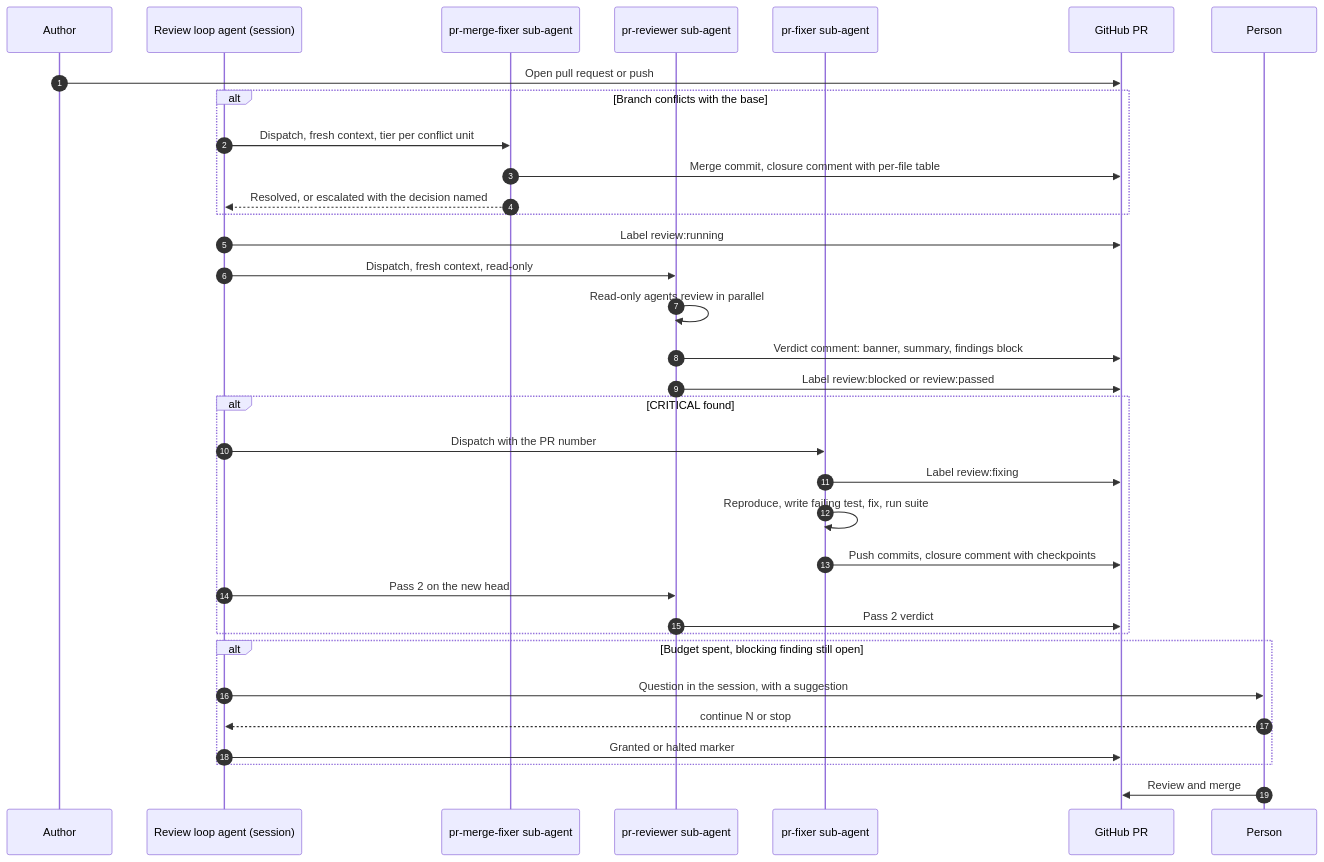
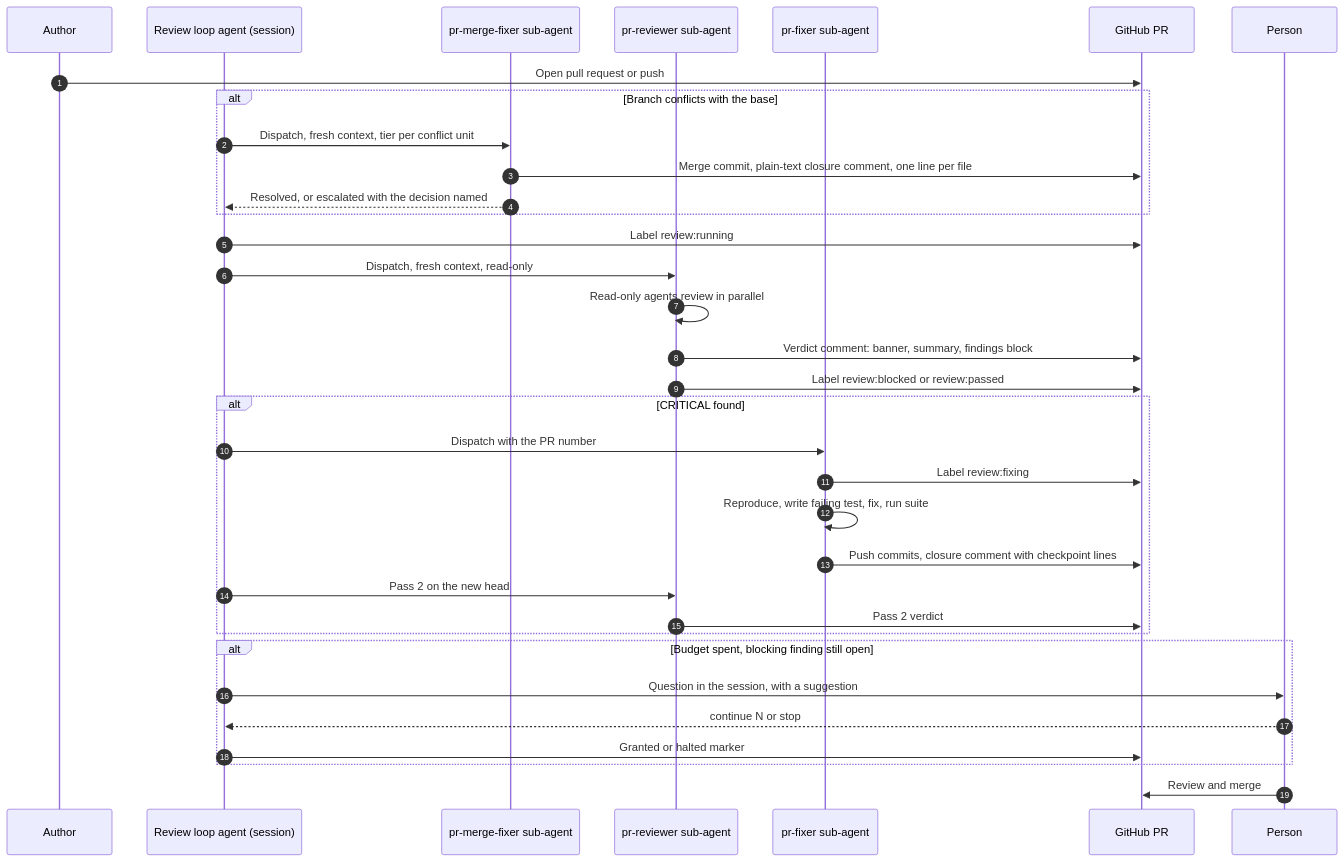
One commit to jonyfs/pr-reviewer-fixer changed the diagram in docs/diagrams/02-sequence.mmd. Above: the diagram before and after it, drawn with Mermaid. The commit also changed 15 other files, not shown here.

First line of the commit message:
Agent comments are plain text; Markdown only in the pull request description

```diff
--- a/docs/diagrams/02-sequence.mmd
+++ b/docs/diagrams/02-sequence.mmd
@@ -1,34 +1,34 @@
 sequenceDiagram
     autonumber
     participant Dev as Author
     participant L as Review loop agent (session)
     participant MF as pr-merge-fixer sub-agent
     participant R as pr-reviewer sub-agent
     participant F as pr-fixer sub-agent
     participant GH as GitHub PR
     participant P as Person
     Dev->>GH: Open pull request or push
     alt Branch conflicts with the base
         L->>MF: Dispatch, fresh context, tier per conflict unit
-        MF->>GH: Merge commit, closure comment with per-file table
+        MF->>GH: Merge commit, plain-text closure comment, one line per file
         MF-->>L: Resolved, or escalated with the decision named
     end
     L->>GH: Label review:running
     L->>R: Dispatch, fresh context, read-only
     R->>R: Read-only agents review in parallel
     R->>GH: Verdict comment: banner, summary, findings block
     R->>GH: Label review:blocked or review:passed
     alt CRITICAL found
         L->>F: Dispatch with the PR number
         F->>GH: Label review:fixing
         F->>F: Reproduce, write failing test, fix, run suite
-        F->>GH: Push commits, closure comment with checkpoints
+        F->>GH: Push commits, closure comment with checkpoint lines
         L->>R: Pass 2 on the new head
         R->>GH: Pass 2 verdict
     end
     alt Budget spent, blocking finding still open
         L->>P: Question in the session, with a suggestion
         P-->>L: continue N or stop
         L->>GH: Granted or halted marker
     end
     P->>GH: Review and merge
```
